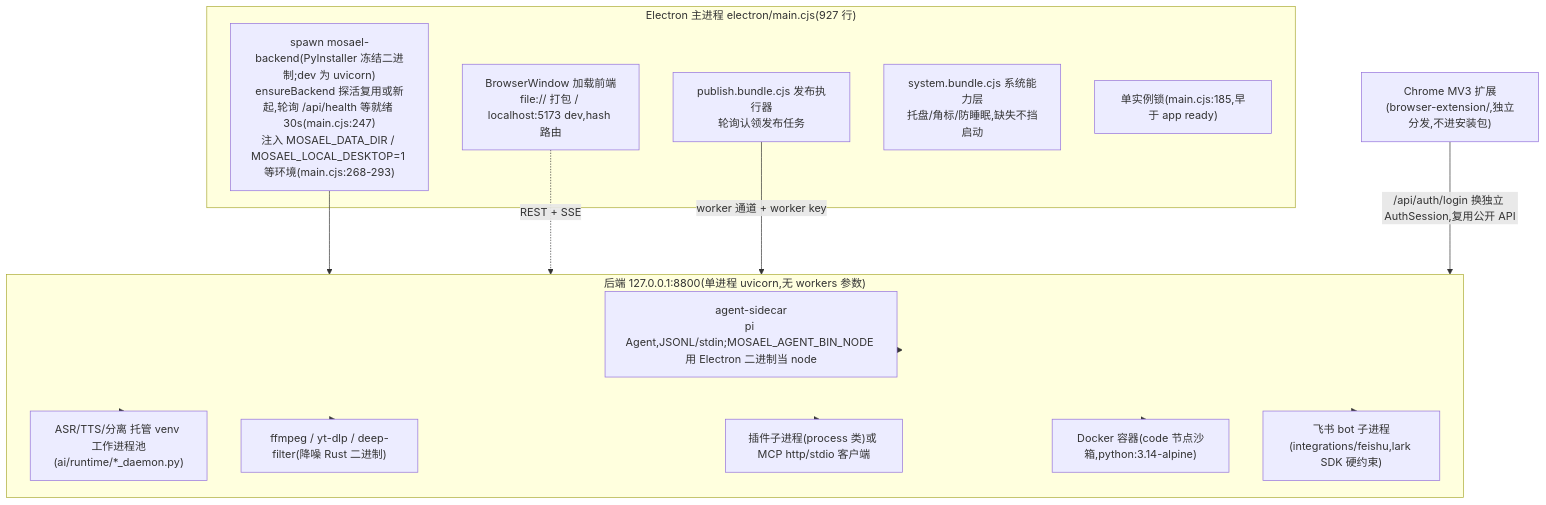
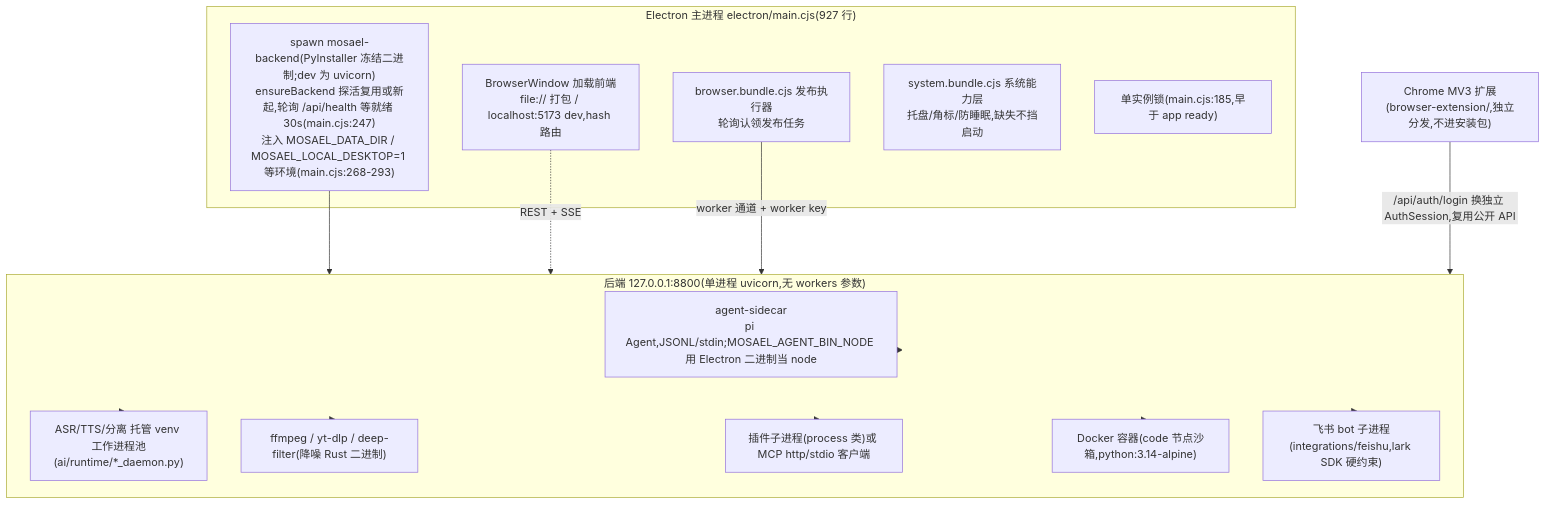
Before and after one commit to Alndaly/Mosael: the first of 16 diagrams in docs/analysis/architecture.md, drawn with Mermaid. The commit also changed other lines of this file and 275 other files, not shown here.

First line of the commit message:
refactor(electron): 内嵌浏览器从 publish/ 拆成 browser/ 下的四块

````diff
--- a/docs/analysis/architecture.md
+++ b/docs/analysis/architecture.md
@@ -41,27 +41,27 @@
 ```mermaid
 graph TD
     subgraph EL["Electron 主进程 electron/main.cjs(927 行)"]
         SPAWN["spawn mosael-backend(PyInstaller 冻结二进制;dev 为 uvicorn)<br/>ensureBackend 探活复用或新起,轮询 /api/health 等就绪 30s(main.cjs:247)<br/>注入 MOSAEL_DATA_DIR / MOSAEL_LOCAL_DESKTOP=1 等环境(main.cjs:268-293)"]
         WIN["BrowserWindow 加载前端<br/>file:// 打包 / localhost:5173 dev,hash 路由"]
-        PUBW["publish.bundle.cjs 发布执行器<br/>轮询认领发布任务"]
+        PUBW["browser.bundle.cjs 发布执行器<br/>轮询认领发布任务"]
         SYSW["system.bundle.cjs 系统能力层<br/>托盘/角标/防睡眠,缺失不挡启动"]
         LOCK["单实例锁(main.cjs:185,早于 app ready)"]
     end
 
     subgraph CORE["后端 127.0.0.1:8800(单进程 uvicorn,无 workers 参数)"]
         SC["agent-sidecar<br/>pi Agent,JSONL/stdin;MOSAEL_AGENT_BIN_NODE 用 Electron 二进制当 node"]
         VENV["ASR/TTS/分离 托管 venv 工作进程池(ai/runtime/*_daemon.py)"]
         FF["ffmpeg / yt-dlp / deep-filter(降噪 Rust 二进制)"]
         PLG["插件子进程(process 类)或 MCP http/stdio 客户端"]
         DKR["Docker 容器(code 节点沙箱,python:3.14-alpine)"]
         FSBOT["飞书 bot 子进程(integrations/feishu,lark SDK 硬约束)"]
     end
 
     EXT["Chrome MV3 扩展(browser-extension/,独立分发,不进安装包)"]
 
     SPAWN --> CORE
     WIN -.->|REST + SSE| CORE
     PUBW -->|worker 通道 + worker key| CORE
     CORE --> SC & VENV & FF & PLG & DKR & FSBOT
     EXT -->|/api/auth/login 换独立 AuthSession,复用公开 API| CORE
 ```
````
